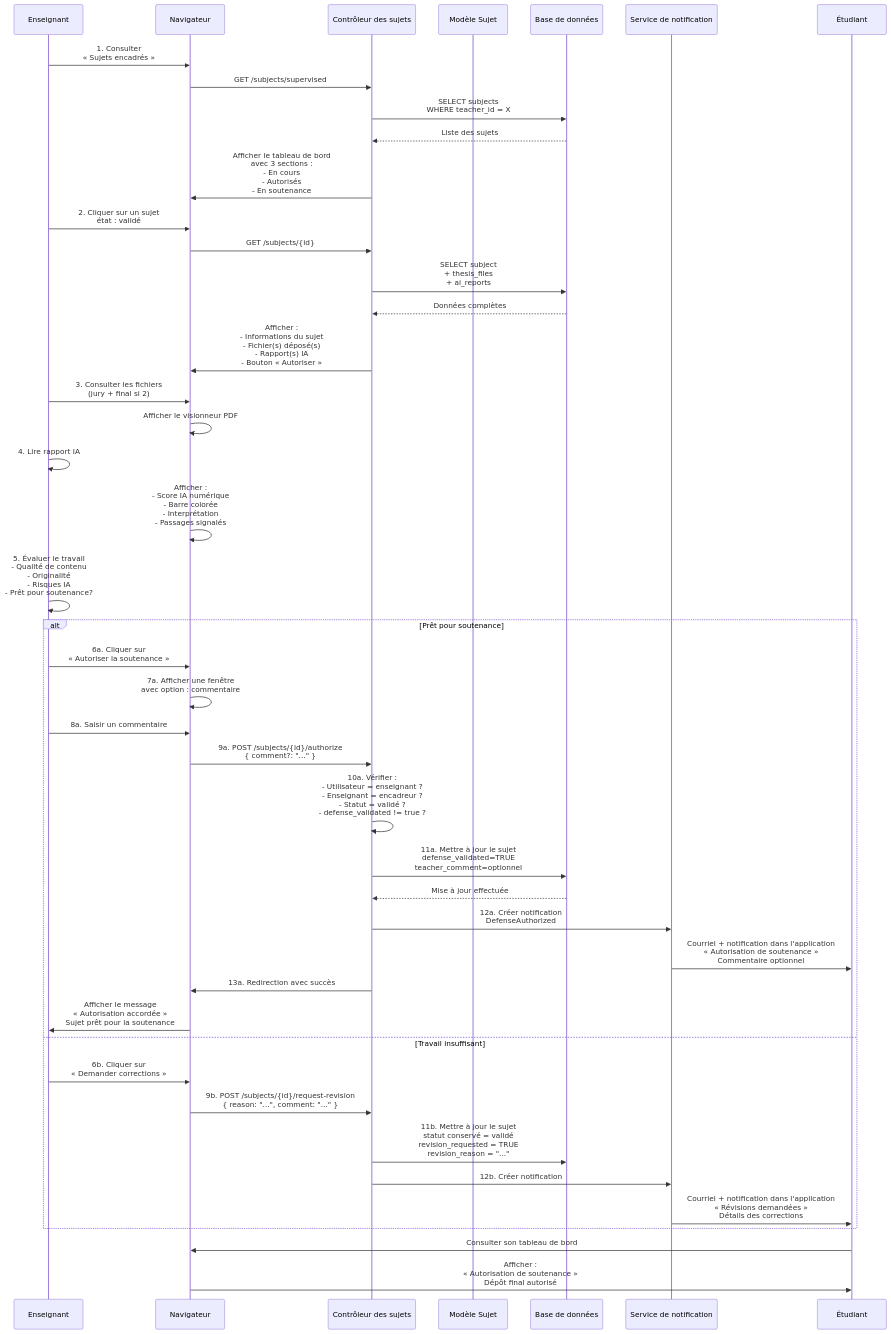
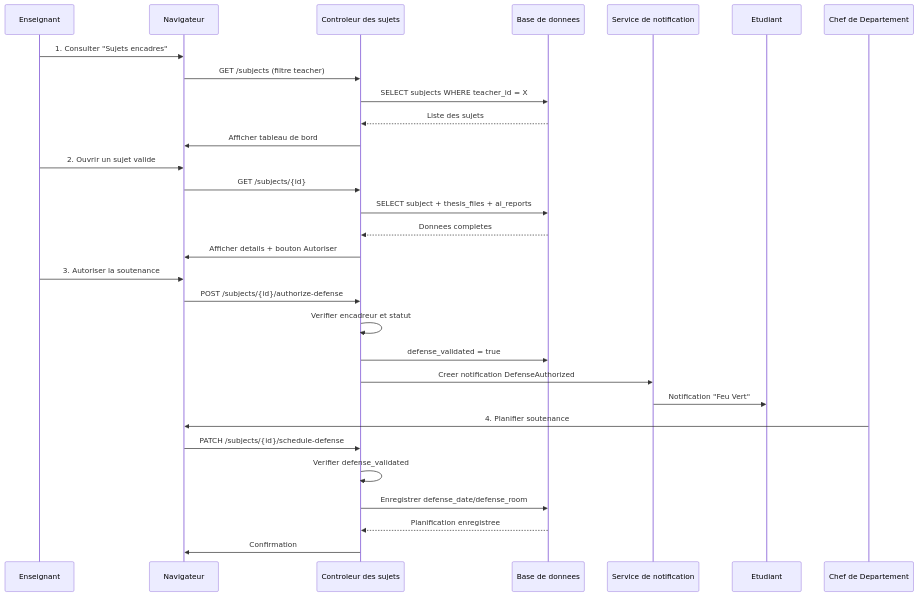
Before and after one commit to DavidMwangaza/TFC-Manager: the tenth of 14 diagrams in DIAGRAMMES-DESCRIPTIONS.md, drawn with Mermaid. The commit also changed other lines of this file and 34 other files, not shown here.

Commit message:
Rename role: 'Chef Departement' → 'Chef de département' and add migration

````diff
--- a/DIAGRAMMES-DESCRIPTIONS.md
+++ b/DIAGRAMMES-DESCRIPTIONS.md
@@ -1176,64 +1194,36 @@
 ```mermaid
 sequenceDiagram
     participant Enseignant as Enseignant
     participant Navigateur as Navigateur
-    participant SubjectController as Contrôleur des sujets
-    participant Subject as Modèle Sujet
-    participant BDD as Base de données
+    participant SubjectController as Controleur des sujets
+    participant BDD as Base de donnees
     participant Notification as Service de notification
-    participant Etudiant as Étudiant
-    
-    Enseignant->>Navigateur: 1. Consulter<br/>« Sujets encadrés »
-    Navigateur->>SubjectController: GET /subjects/supervised
-    SubjectController->>BDD: SELECT subjects<br/>WHERE teacher_id = X
+    participant Etudiant as Etudiant
+    participant ChefDept as Chef de Departement
+
+    Enseignant->>Navigateur: 1. Consulter "Sujets encadres"
+    Navigateur->>SubjectController: GET /subjects (filtre teacher)
+    SubjectController->>BDD: SELECT subjects WHERE teacher_id = X
     BDD-->>SubjectController: Liste des sujets
-    SubjectController->>Navigateur: Afficher le tableau de bord<br/>avec 3 sections :<br/>- En cours<br/>- Autorisés<br/>- En soutenance
-    
-    Enseignant->>Navigateur: 2. Cliquer sur un sujet<br/>état : validé
+    SubjectController->>Navigateur: Afficher tableau de bord
+
+    Enseignant->>Navigateur: 2. Ouvrir un sujet valide
     Navigateur->>SubjectController: GET /subjects/{id}
-    SubjectController->>BDD: SELECT subject<br/>+ thesis_files<br/>+ ai_reports
-    BDD-->>SubjectController: Données complètes
-    SubjectController->>Navigateur: Afficher :<br/>- Informations du sujet<br/>- Fichier(s) déposé(s)<br/>- Rapport(s) IA<br/>- Bouton « Autoriser »
-    
-    Enseignant->>Navigateur: 3. Consulter les fichiers<br/>(jury + final si 2)
-    Navigateur->>Navigateur: Afficher le visionneur PDF
-    
-    Enseignant->>Enseignant: 4. Lire rapport IA
-    Navigateur->>Navigateur: Afficher :<br/>- Score IA numérique<br/>- Barre colorée<br/>- Interprétation<br/>- Passages signalés
-    
-    Enseignant->>Enseignant: 5. Évaluer le travail<br/>- Qualité de contenu<br/>- Originalité<br/>- Risques IA<br/>- Prêt pour soutenance?
-    
-    alt Prêt pour soutenance
-        Enseignant->>Navigateur: 6a. Cliquer sur<br/>« Autoriser la soutenance »
-        
-        Navigateur->>Navigateur: 7a. Afficher une fenêtre<br/>avec option : commentaire
-        
-        Enseignant->>Navigateur: 8a. Saisir un commentaire
-        
-        Navigateur->>SubjectController: 9a. POST /subjects/{id}/authorize<br/>{ comment?: "..." }
-        
-        SubjectController->>SubjectController: 10a. Vérifier :<br/>- Utilisateur = enseignant ?<br/>- Enseignant = encadreur ?<br/>- Statut = validé ?<br/>- defense_validated != true ?
-        
-        SubjectController->>BDD: 11a. Mettre à jour le sujet<br/>defense_validated=TRUE<br/>teacher_comment=optionnel
-        BDD-->>SubjectController: Mise à jour effectuée
-        
-        SubjectController->>Notification: 12a. Créer notification<br/>DefenseAuthorized
-        Notification->>Etudiant: Courriel + notification dans l'application<br/>« Autorisation de soutenance »<br/>Commentaire optionnel
-        
-        SubjectController->>Navigateur: 13a. Redirection avec succès
-        Navigateur->>Enseignant: Afficher le message<br/>« Autorisation accordée »<br/>Sujet prêt pour la soutenance
-        
-    else Travail insuffisant
-        Enseignant->>Navigateur: 6b. Cliquer sur<br/>« Demander corrections »
-        
-        Navigateur->>SubjectController: 9b. POST /subjects/{id}/request-revision<br/>{ reason: "...", comment: "..." }
-        
-        SubjectController->>BDD: 11b. Mettre à jour le sujet<br/>statut conservé = validé<br/>revision_requested = TRUE<br/>revision_reason = "..."
-        
-        SubjectController->>Notification: 12b. Créer notification
-        Notification->>Etudiant: Courriel + notification dans l'application<br/>« Révisions demandées »<br/>Détails des corrections
-    end
-    
-    Etudiant->>Navigateur: Consulter son tableau de bord
-    Navigateur->>Etudiant: Afficher :<br/>« Autorisation de soutenance »<br/>Dépôt final autorisé
+    SubjectController->>BDD: SELECT subject + thesis_files + ai_reports
+    BDD-->>SubjectController: Donnees completes
+    SubjectController->>Navigateur: Afficher details + bouton Autoriser
+
+    Enseignant->>Navigateur: 3. Autoriser la soutenance
+    Navigateur->>SubjectController: POST /subjects/{id}/authorize-defense
+    SubjectController->>SubjectController: Verifier encadreur et statut
+    SubjectController->>BDD: defense_validated = true
+    SubjectController->>Notification: Creer notification DefenseAuthorized
+    Notification->>Etudiant: Notification "Feu Vert"
+
+    ChefDept->>Navigateur: 4. Planifier soutenance
+    Navigateur->>SubjectController: PATCH /subjects/{id}/schedule-defense
+    SubjectController->>SubjectController: Verifier defense_validated
+    SubjectController->>BDD: Enregistrer defense_date/defense_room
+    BDD-->>SubjectController: Planification enregistree
+    SubjectController->>Navigateur: Confirmation
 ```
````
